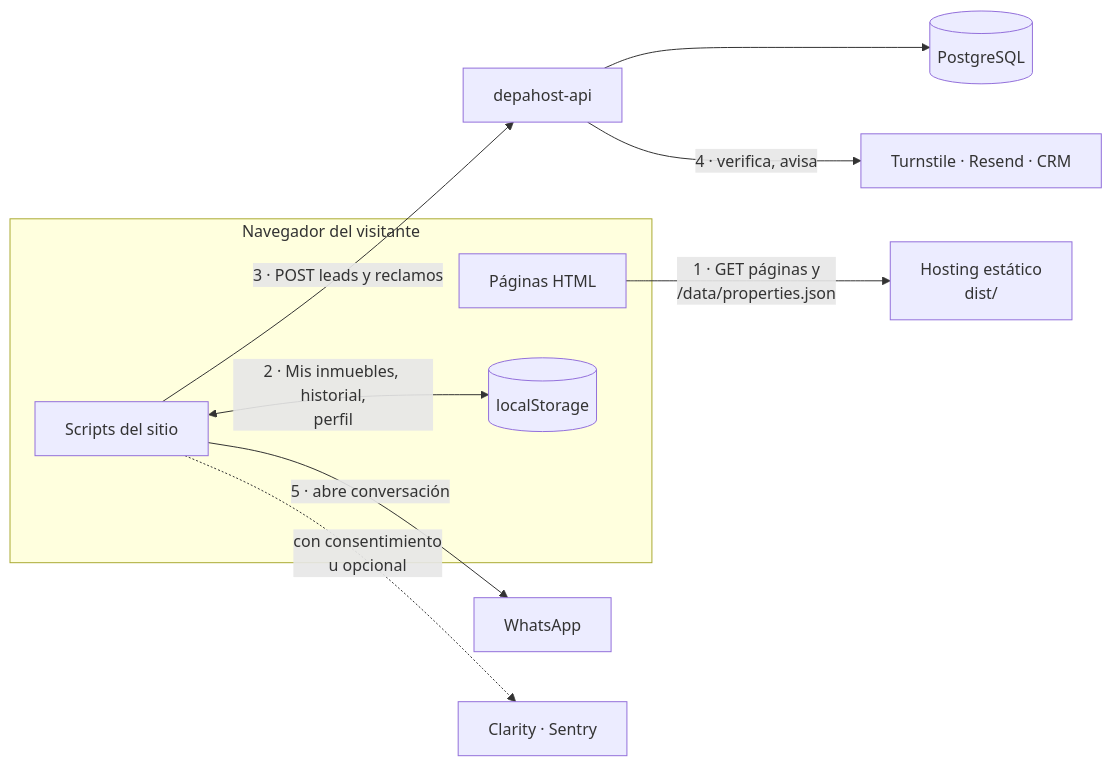
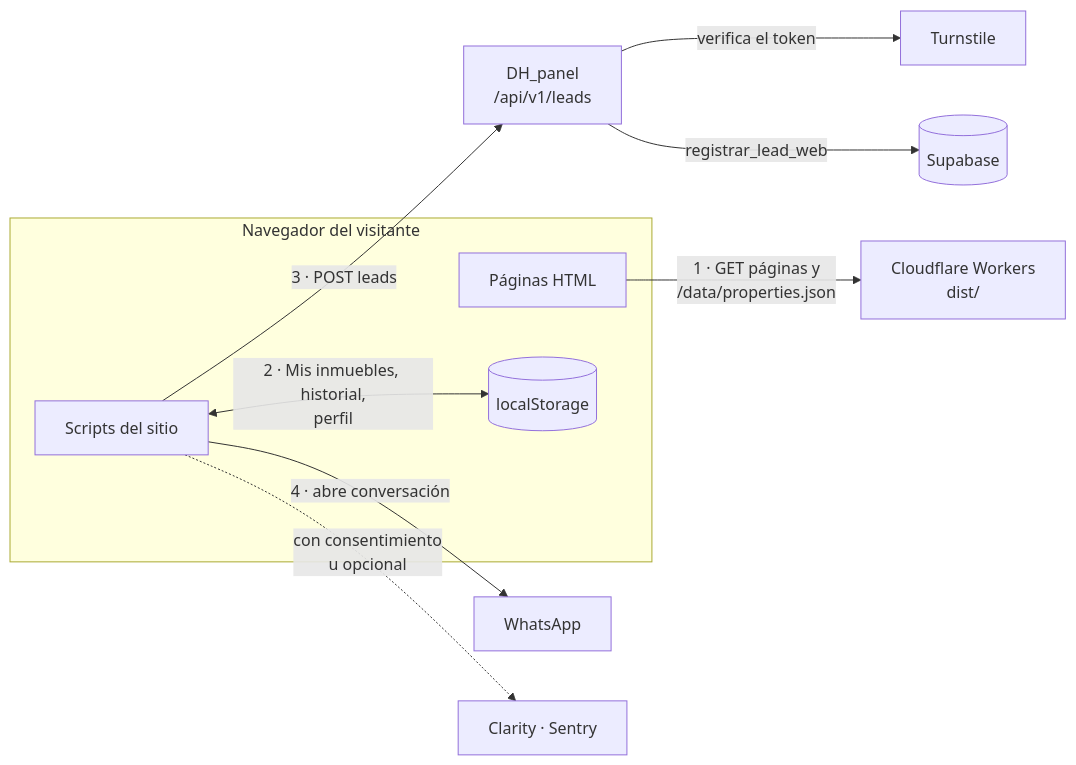
Before and after one commit to samirharrytl/DHC_landing: the first of 4 diagrams in docs/plataforma/01-arquitectura.md, drawn with Mermaid. The commit also changed other lines of this file and 94 other files, not shown here.

````diff
--- a/docs/plataforma/01-arquitectura.md
+++ b/docs/plataforma/01-arquitectura.md
@@ -27,22 +23,22 @@
 ```mermaid
 flowchart LR
     subgraph NAV["Navegador del visitante"]
         PAG["Páginas HTML"]
         JS["Scripts del sitio"]
         LS[("localStorage")]
     end
-    DIST["Hosting estático<br/>dist/"]
-    API["depahost-api"]
-    PG[("PostgreSQL")]
-    EXT["Turnstile · Resend · CRM"]
+    DIST["Cloudflare Workers<br/>dist/"]
+    API["DH_panel<br/>/api/v1/leads"]
+    SB[("Supabase")]
+    TS["Turnstile"]
     WA["WhatsApp"]
     TER["Clarity · Sentry"]
 
     PAG -- "1 · GET páginas y<br/>/data/properties.json" --> DIST
     JS <-- "2 · Mis inmuebles, historial,<br/>perfil" --> LS
-    JS -- "3 · POST leads y reclamos" --> API
-    API --> PG
-    API -- "4 · verifica, avisa" --> EXT
-    JS -- "5 · abre conversación" --> WA
+    JS -- "3 · POST leads" --> API
+    API -- "verifica el token" --> TS
+    API -- "registrar_lead_web" --> SB
+    JS -- "4 · abre conversación" --> WA
     JS -. "con consentimiento<br/>u opcional" .-> TER
 ```
````
